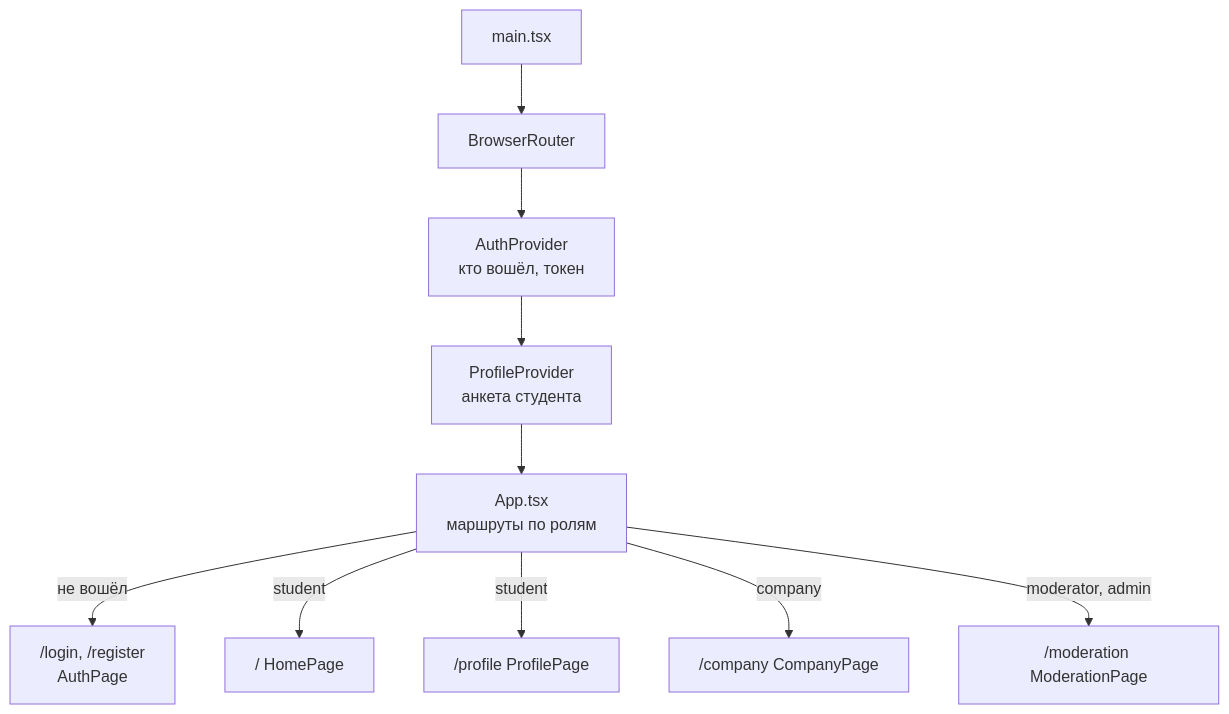
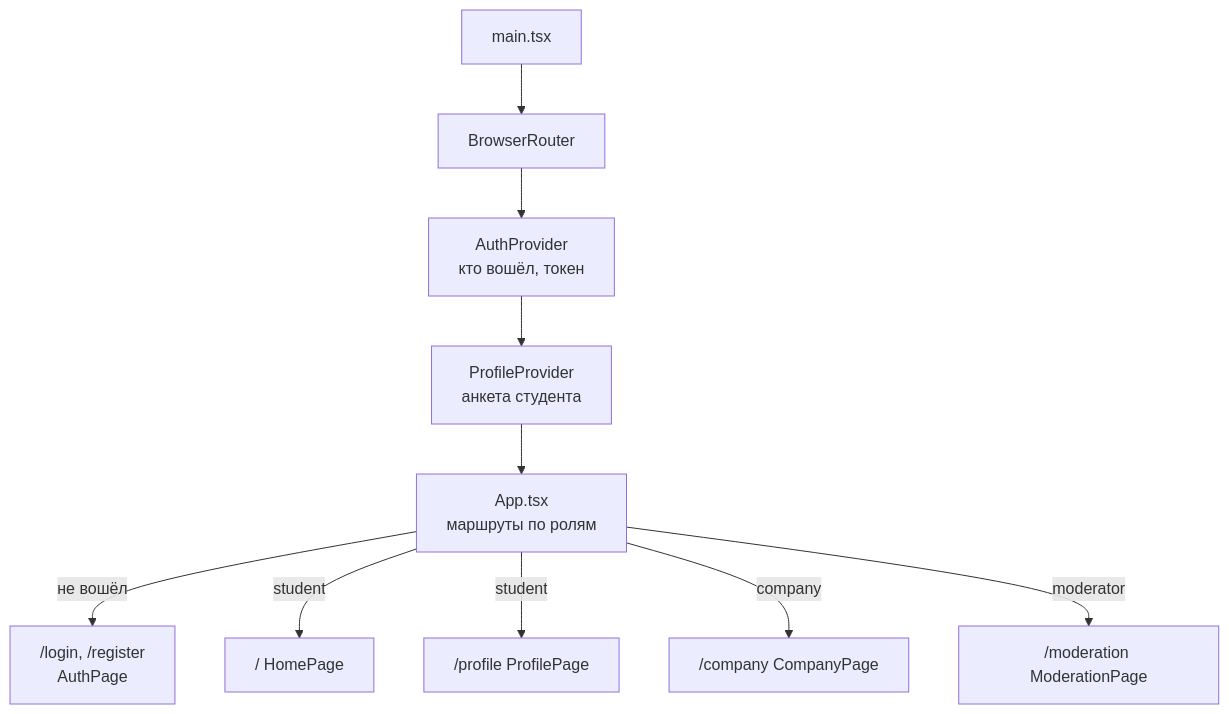
One commit to KonevaDarya52/Practice.Navigator changed the eighth of 8 diagrams in docs/architecture.md. Above: the diagram before and after it, drawn with Mermaid. The commit also changed other lines of this file and 9 other files, not shown here.

````diff
--- a/docs/architecture.md
+++ b/docs/architecture.md
@@ -620,13 +619,13 @@
 ```mermaid
 flowchart TB
     main["main.tsx"] --> Router["BrowserRouter"]
     Router --> Auth["AuthProvider<br/>кто вошёл, токен"]
     Auth --> Profile["ProfileProvider<br/>анкета студента"]
     Profile --> App["App.tsx<br/>маршруты по ролям"]
 
     App -->|не вошёл| Login["/login, /register<br/>AuthPage"]
     App -->|student| Home["/ HomePage"]
     App -->|student| Prof["/profile ProfilePage"]
     App -->|company| Comp["/company CompanyPage"]
-    App -->|moderator, admin| Mod["/moderation ModerationPage"]
+    App -->|moderator| Mod["/moderation ModerationPage"]
 ```
````
